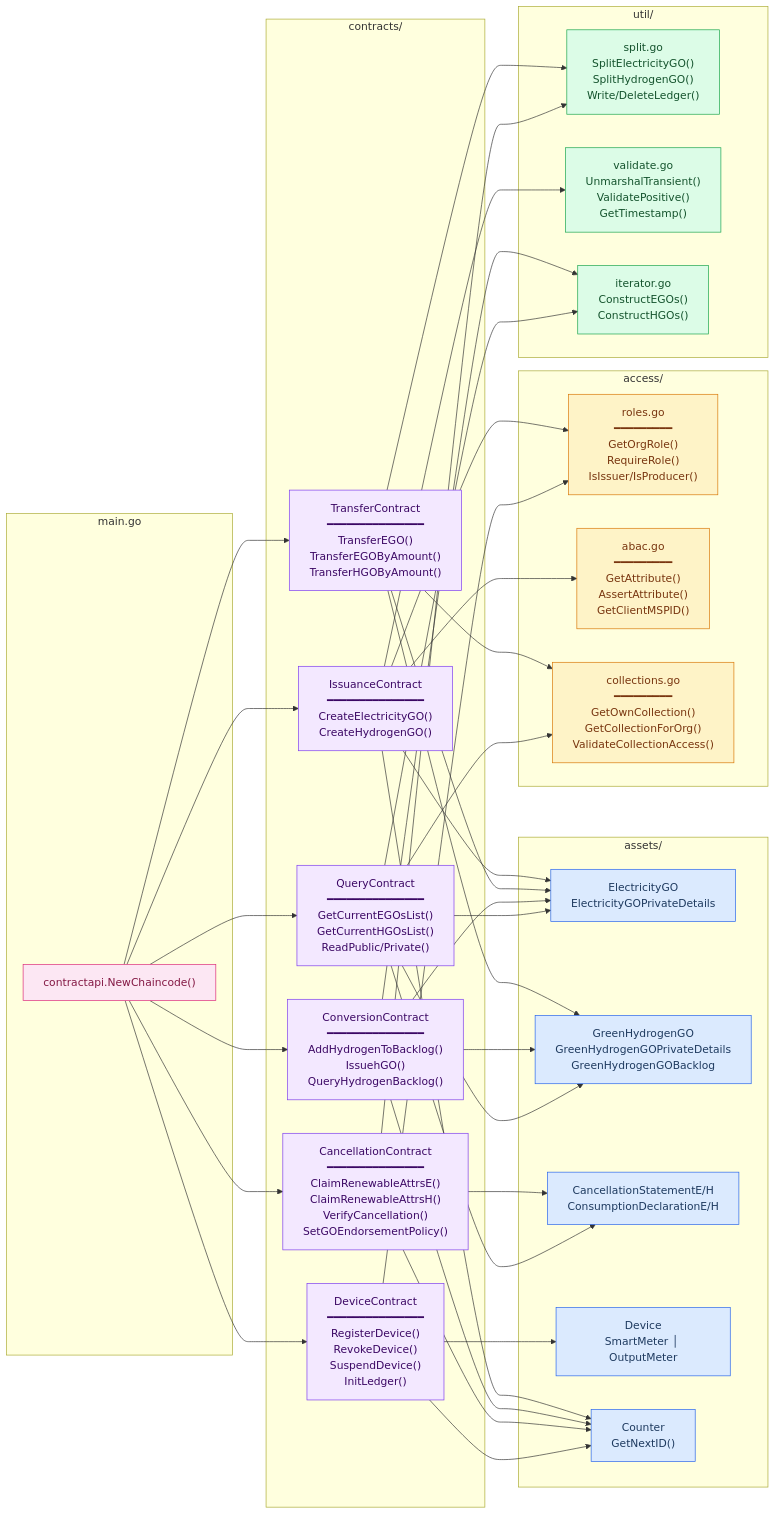
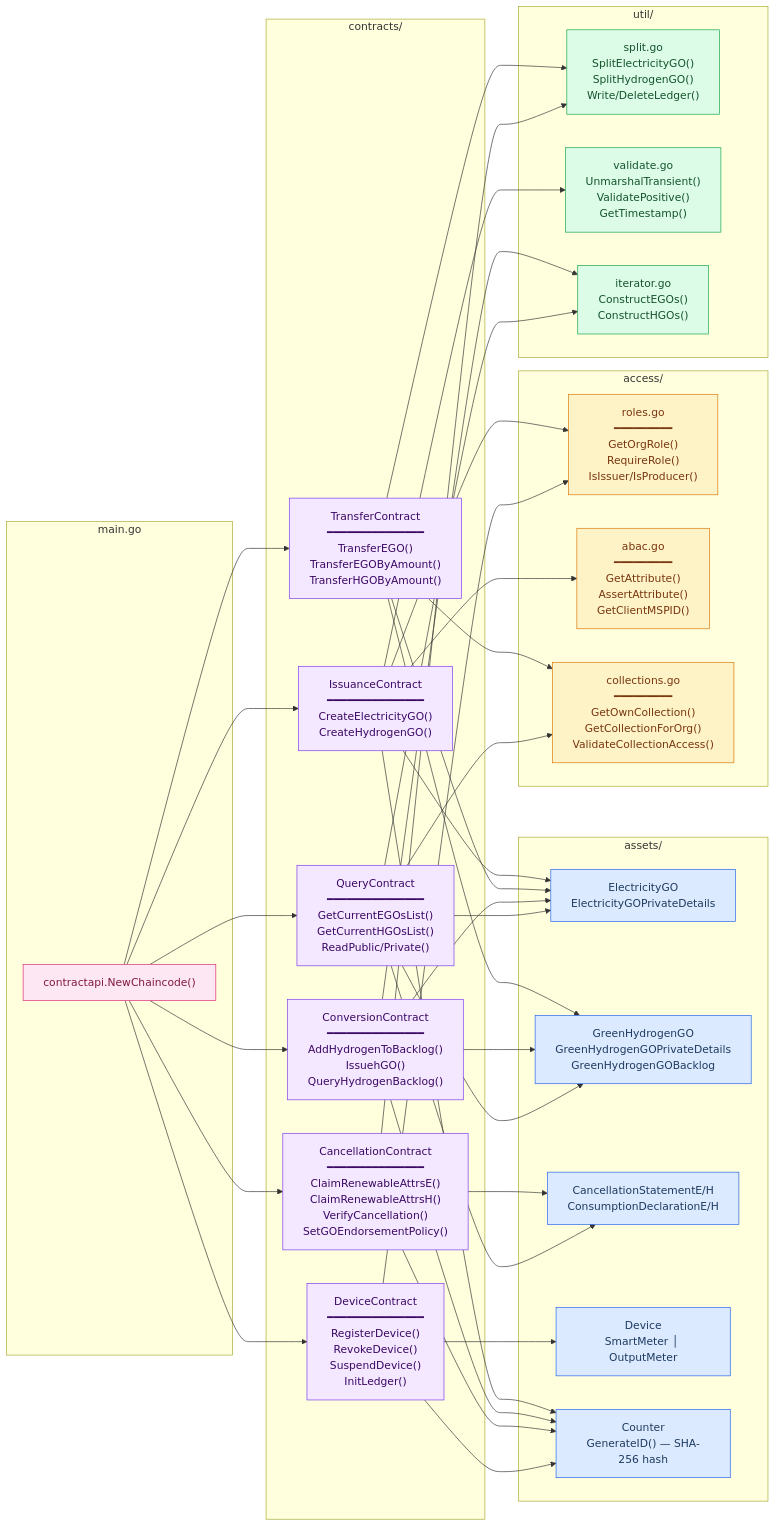
The second of 6 diagrams in Project-Description/architecture-diagrams.md (JonaAlbrecht/CrossGO-Hyperledger-Fabric-Guarantees-of-Origin), drawn with Mermaid before and after one commit. The commit also changed other lines of this file and 42 other files, not shown here.

```diff
--- a/Project-Description/architecture-diagrams.md
+++ b/Project-Description/architecture-diagrams.md
@@ -134,7 +135,7 @@
         HGO["GreenHydrogenGO<br/>GreenHydrogenGOPrivateDetails<br/>GreenHydrogenGOBacklog"]
         CERT["CancellationStatementE/H<br/>ConsumptionDeclarationE/H"]
         DEV["Device<br/>SmartMeter │ OutputMeter"]
-        CTR["Counter<br/>GetNextID()"]
+        CTR["Counter<br/>GenerateID() — SHA-256 hash"]
     end
 
     subgraph access["access/"]
```
